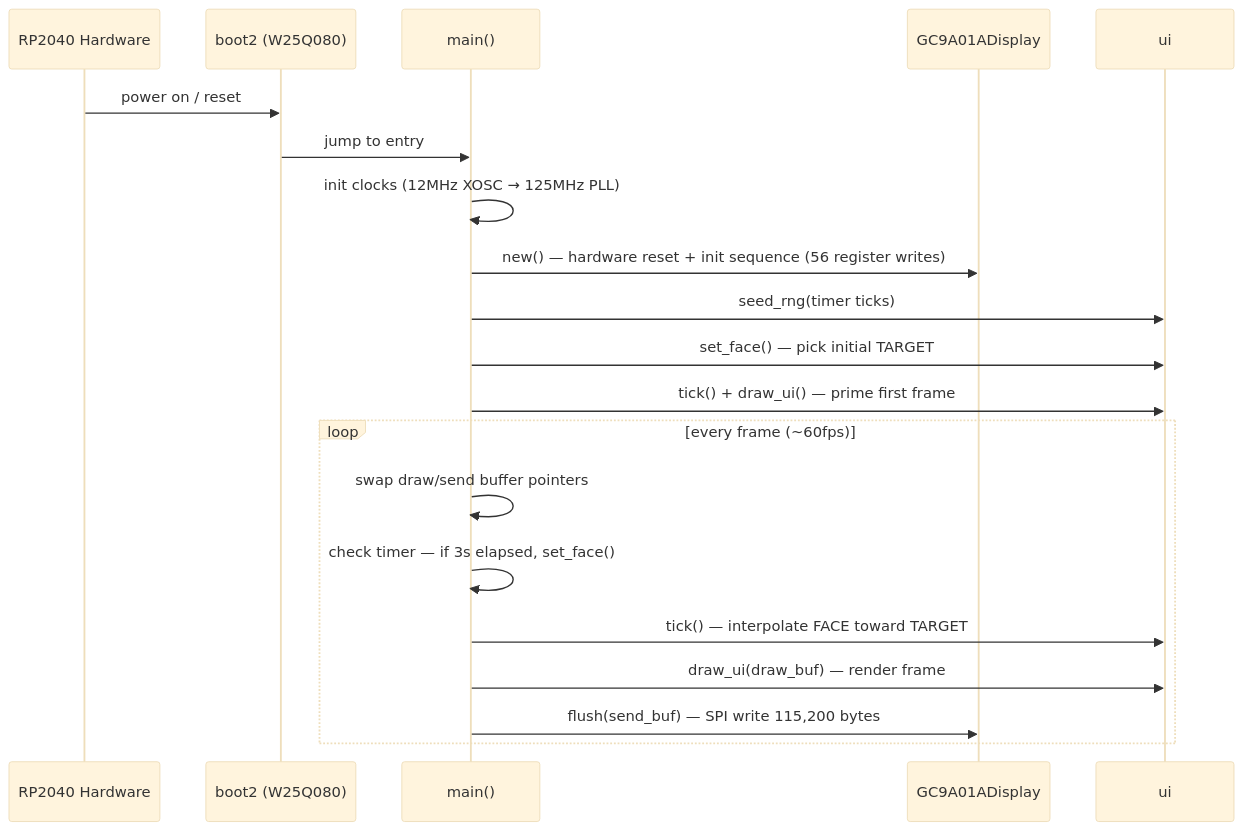
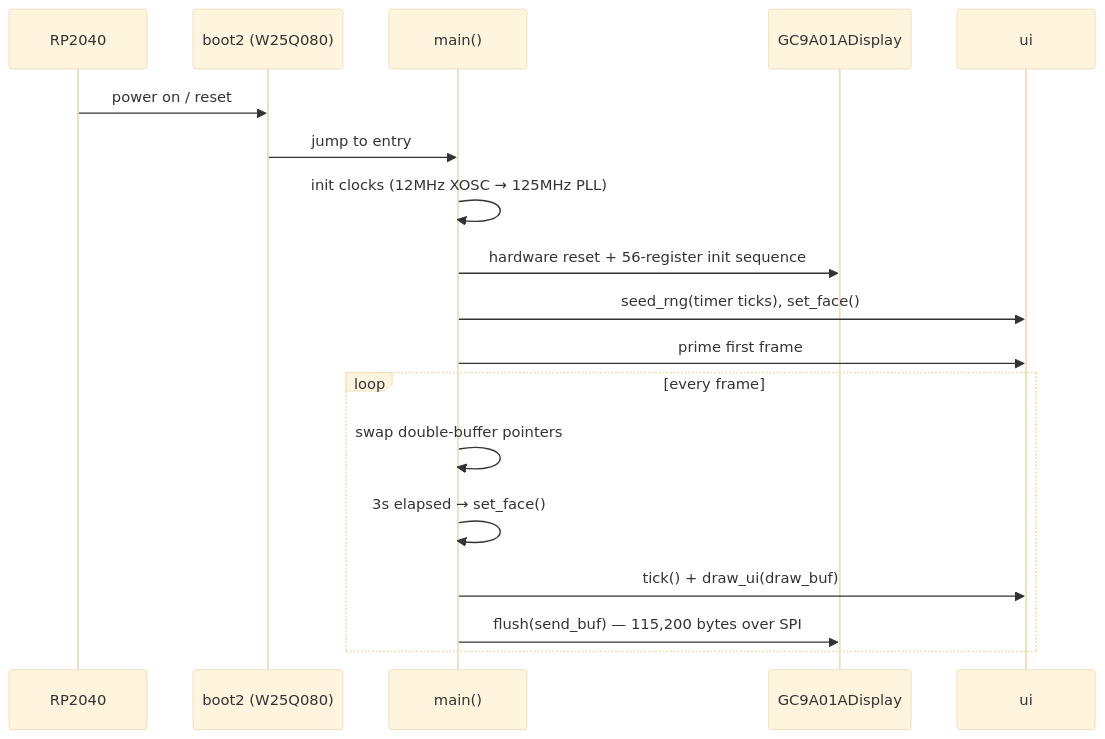
Before and after one commit to zapplebee/lilbud: the fifth of 5 diagrams in README.md, drawn with Mermaid (base theme). The commit also changed other lines of this file, not shown here.

````diff
--- a/README.md
+++ b/README.md
@@ -214,24 +224,22 @@
 ```mermaid
 sequenceDiagram
-    participant HW as RP2040 Hardware
+    participant HW as RP2040
     participant Boot as boot2 (W25Q080)
     participant Main as main()
     participant Disp as GC9A01ADisplay
     participant UI as ui
 
     HW->>Boot: power on / reset
     Boot->>Main: jump to entry
     Main->>Main: init clocks (12MHz XOSC → 125MHz PLL)
-    Main->>Disp: new() — hardware reset + init sequence (56 register writes)
-    Main->>UI: seed_rng(timer ticks)
-    Main->>UI: set_face() — pick initial TARGET
-    Main->>UI: tick() + draw_ui() — prime first frame
+    Main->>Disp: hardware reset + 56-register init sequence
+    Main->>UI: seed_rng(timer ticks), set_face()
+    Main->>UI: prime first frame
 
-    loop every frame (~60fps)
-        Main->>Main: swap draw/send buffer pointers
-        Main->>Main: check timer — if 3s elapsed, set_face()
-        Main->>UI: tick() — interpolate FACE toward TARGET
-        Main->>UI: draw_ui(draw_buf) — render frame
-        Main->>Disp: flush(send_buf) — SPI write 115,200 bytes
+    loop every frame
+        Main->>Main: swap double-buffer pointers
+        Main->>Main: 3s elapsed → set_face()
+        Main->>UI: tick() + draw_ui(draw_buf)
+        Main->>Disp: flush(send_buf) — 115,200 bytes over SPI
     end
 ```
````
